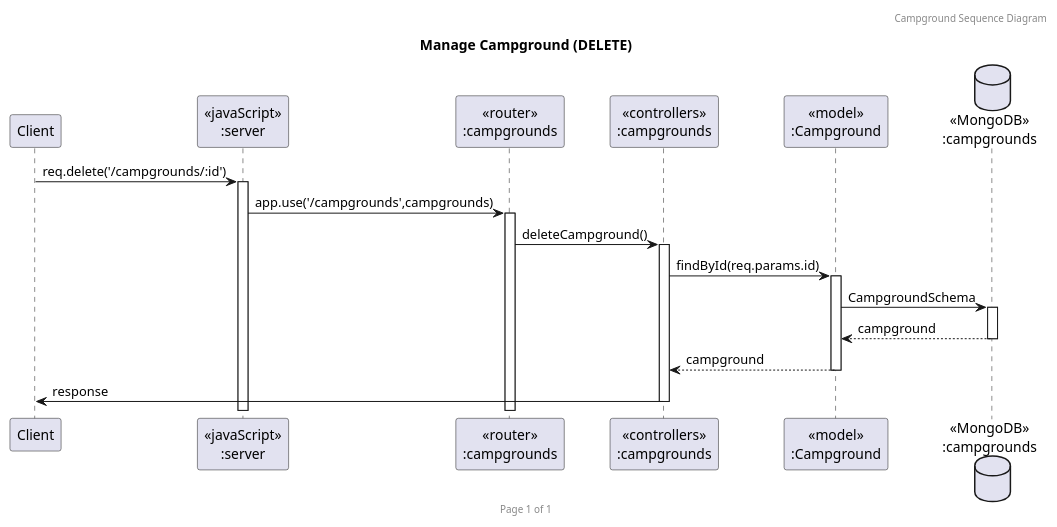
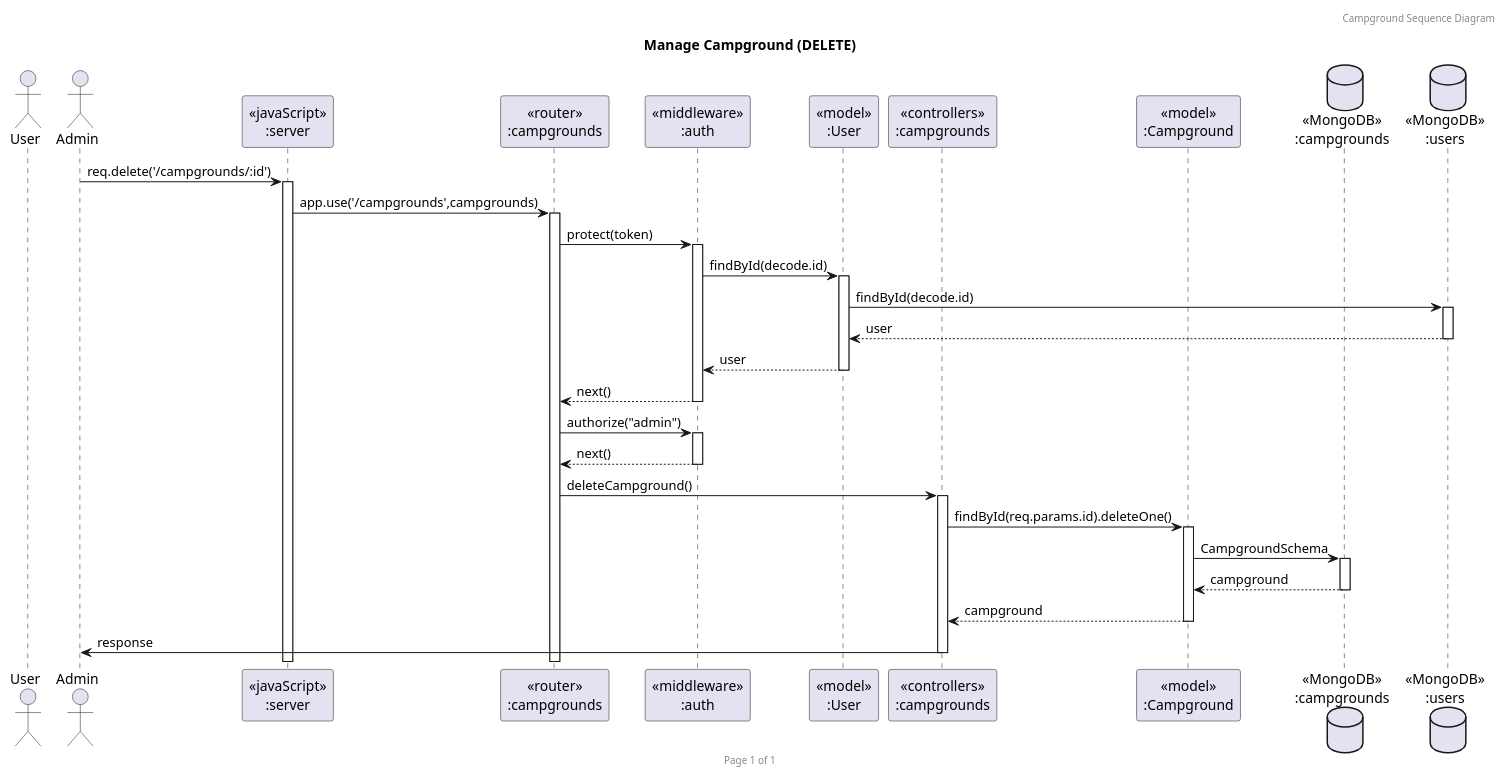
One commit to FaiiFaiipuipui/CEDT_Y1T2_backend-campgroundbooking changed the diagram in diagram/Sequence diagram/Campground/Campground_DELETE.puml. Above: the diagram before and after it, drawn with PlantUML. The commit also changed 4 other files, not shown here.

Commit message:
Update Campground Sequence Diagram

```diff
--- a/diagram/Sequence diagram/Campground/Campground_DELETE.puml
+++ b/diagram/Sequence diagram/Campground/Campground_DELETE.puml
@@ -1,23 +1,35 @@
 @startuml Manage Campground (DELETE)
 
 header Campground Sequence Diagram
 footer Page %page% of %lastpage%
 title "Manage Campground (DELETE)"
 
-participant "Client" as client
+actor "User" as user
+actor "Admin" as admin
 participant "<<javaScript>>\n:server" as server
 participant "<<router>>\n:campgrounds" as routerCampgrounds
+participant "<<middleware>>\n:auth" as middlewareAuth
+participant "<<model>>\n:User" as modelUser
 participant "<<controllers>>\n:campgrounds" as controllersCampgrounds
 participant "<<model>>\n:Campground" as modelCampground
 database "<<MongoDB>>\n:campgrounds" as CampgroundsDatabase
+database "<<MongoDB>>\n:users" as UsersDatabase
 
-client->server ++:req.delete('/campgrounds/:id')
+admin->server ++:req.delete('/campgrounds/:id')
 server->routerCampgrounds ++:app.use('/campgrounds',campgrounds)
+routerCampgrounds -> middlewareAuth ++:protect(token)
+middlewareAuth -> modelUser ++:findById(decode.id)
+modelUser -> UsersDatabase ++:findById(decode.id)
+UsersDatabase --> modelUser --:user
+modelUser --> middlewareAuth --:user
+middlewareAuth --> routerCampgrounds --:next()
+routerCampgrounds -> middlewareAuth ++:authorize("admin")
+middlewareAuth --> routerCampgrounds --:next()
 routerCampgrounds -> controllersCampgrounds ++:deleteCampground()
-controllersCampgrounds->modelCampground ++:findById(req.params.id)
+controllersCampgrounds->modelCampground ++:findById(req.params.id).deleteOne()
 modelCampground ->CampgroundsDatabase ++:CampgroundSchema
 CampgroundsDatabase --> modelCampground --:campground
 controllersCampgrounds <-- modelCampground --:campground
-controllersCampgrounds->client --:response
+controllersCampgrounds->admin --:response
 
 @enduml
```
